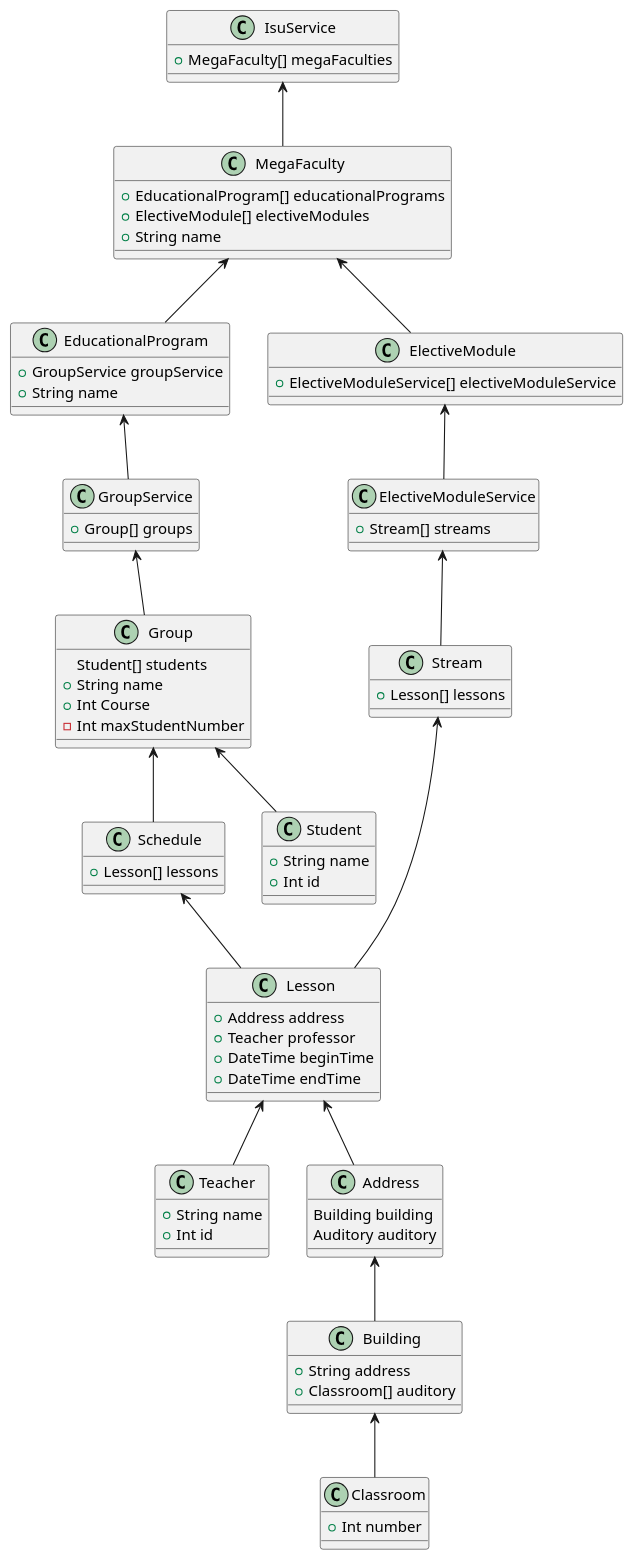
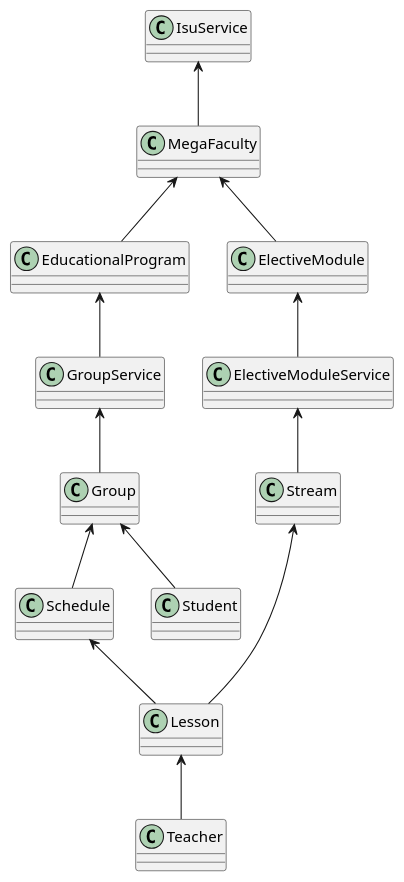
Before and after one commit to kosne1/misha-kutuzov: the diagram in IsuExtra/UML/Design.puml, drawn with PlantUML. The commit also changed 20 other files, not shown here.

Commit message:
feat: search by courseNumber

```diff
--- a/IsuExtra/UML/Design.puml
+++ b/IsuExtra/UML/Design.puml
@@ -1,92 +1,52 @@
 @startuml
 
 class IsuService{
-+ MegaFaculty[] megaFaculties
 }
 
 class GroupService{
-+ Group[] groups
 }
 
 class ElectiveModuleService{
-+ Stream[] streams
 }
 
 class Schedule{
-+ Lesson[] lessons
 }
 
 class MegaFaculty {
-+ EducationalProgram[] educationalPrograms
-+ ElectiveModule[] electiveModules
-+ String name
 }
 
 class EducationalProgram {
-+ GroupService groupService
-+ String name
 }
 
 class ElectiveModule {
-+ ElectiveModuleService[] electiveModuleService
 }
 
 class Group{
-Student[] students
-+ String name
-+ Int Course
-- Int maxStudentNumber
 }
 
 class Student{
-+ String name
-+ Int id
 }
 
 class Stream{
-+ Lesson[] lessons
 }
 
 class Lesson{
-+ Address address
-+ Teacher professor
-+ DateTime beginTime
-+ DateTime endTime
-}
-
-class Building{
-+ String address
-+ Classroom[] auditory
-}
-
-class Classroom{
-+ Int number
 }
 
 class Teacher{
-+ String name
-+ Int id
-}
-
-class Address{
-Building building
-Auditory auditory
 }
 
 IsuService <-- MegaFaculty
 MegaFaculty <-- ElectiveModule
 MegaFaculty <-- EducationalProgram
 EducationalProgram <-- GroupService
 GroupService <-- Group
 Group <-- Student
 Group <-- Schedule
 Schedule <-- Lesson
 
 ElectiveModule <-- ElectiveModuleService
 ElectiveModuleService <-- Stream
 Stream <-- Lesson
-Lesson <-- Address
 Lesson <-- Teacher
-Building <-- Classroom
-Address <-- Building
 @enduml
```
